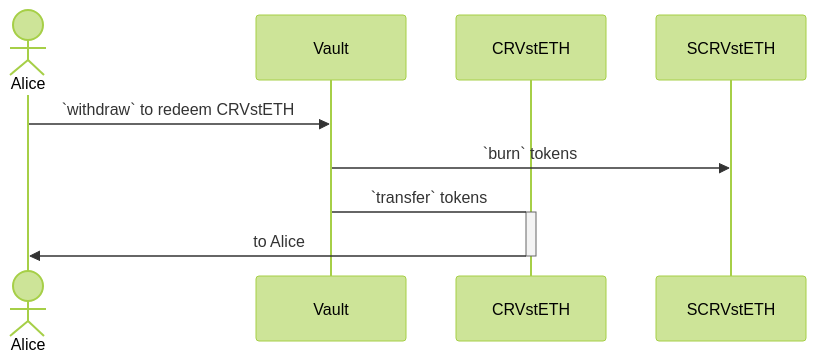
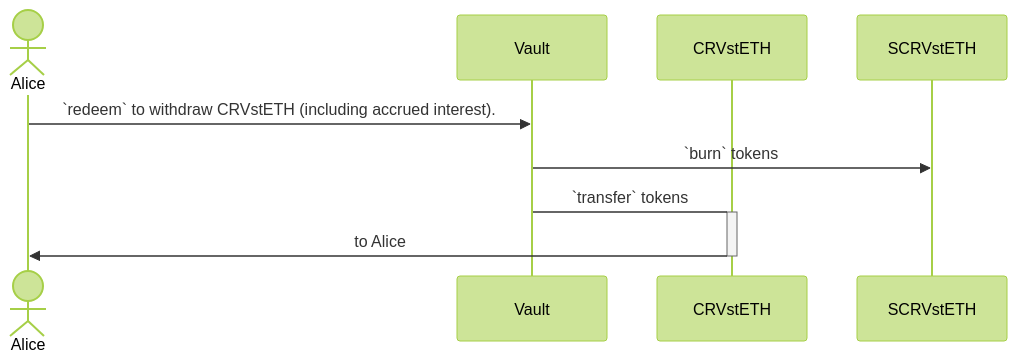
One commit to abhi3700/evm_contracts_vaultautocomp changed the second of 2 diagrams in README.md. Above: the diagram before and after it, drawn with Mermaid (forest theme). The commit also changed other lines of this file and 3 other files, not shown here.

````diff
--- a/README.md
+++ b/README.md
@@ -55,11 +55,11 @@
 ```mermaid
 sequenceDiagram
 actor Alice
 participant Vault
 participant CRVstETH
 participant SCRVstETH
-Alice->>Vault: `withdraw` to redeem CRVstETH
+Alice->>Vault: `redeem` to withdraw CRVstETH (including accrued interest).
 Vault->>SCRVstETH: `burn` tokens
 Vault->+CRVstETH: `transfer` tokens
 CRVstETH->>-Alice: to Alice
 ```
````
